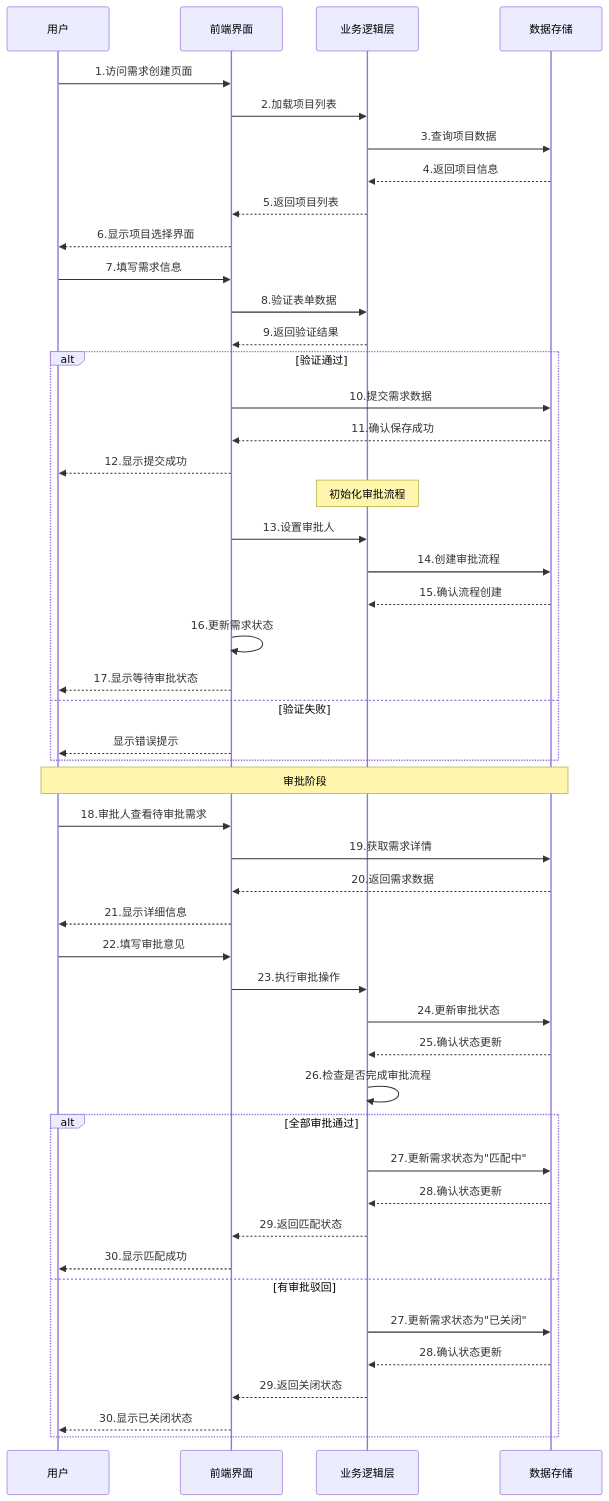
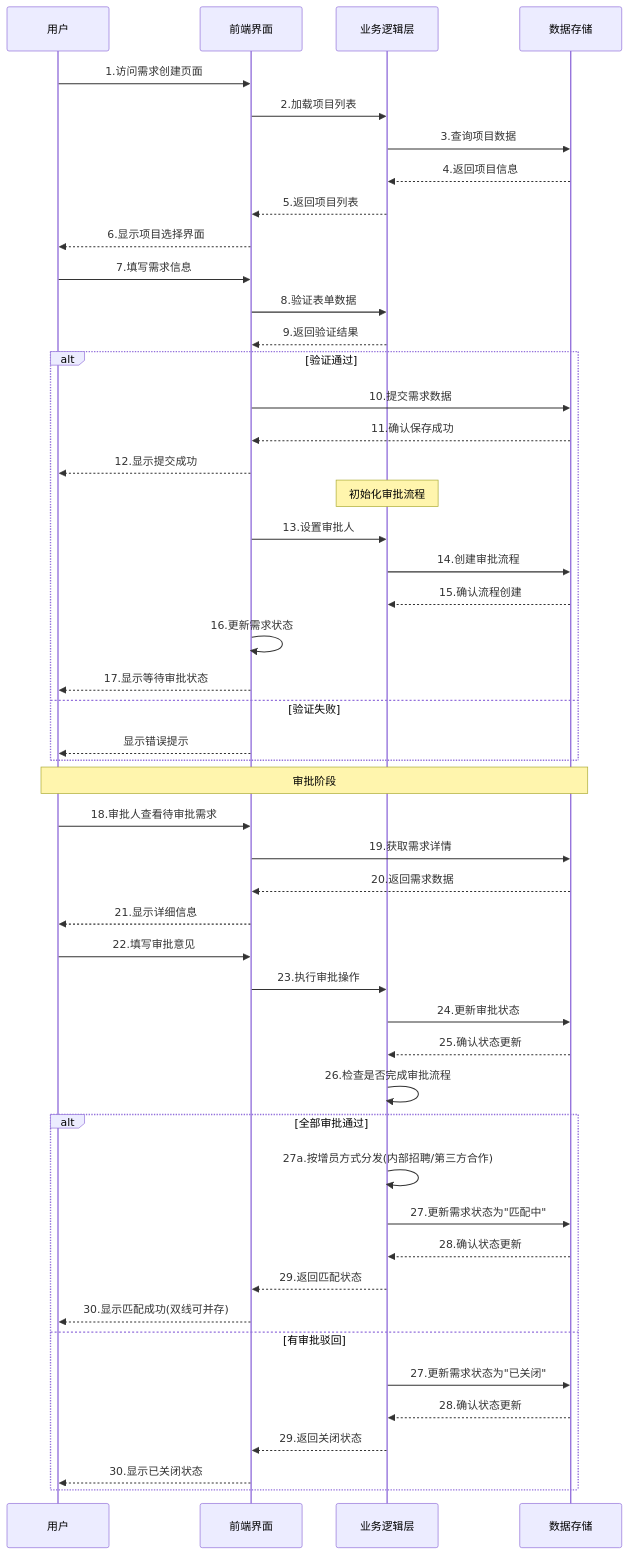
One commit to marcelxu0272/NewEngineeringPlatform changed diagram 11 of 12 in public/key-project-requirements/readme/PROJECT_REQUIREMENTS.md. Above: the diagram before and after it, drawn with Mermaid. The commit also changed other lines of this file and 3 other files, not shown here.

````diff
--- a/public/key-project-requirements/readme/PROJECT_REQUIREMENTS.md
+++ b/public/key-project-requirements/readme/PROJECT_REQUIREMENTS.md
@@ -923,61 +958,62 @@
 ```mermaid
 sequenceDiagram
     participant U as 用户
     participant UI as 前端界面
     participant BL as 业务逻辑层
     participant DS as 数据存储
     
     U->>UI: 1.访问需求创建页面
     UI->>BL: 2.加载项目列表
     BL->>DS: 3.查询项目数据
     DS-->>BL: 4.返回项目信息
     BL-->>UI: 5.返回项目列表
     UI-->>U: 6.显示项目选择界面
     
     U->>UI: 7.填写需求信息
     UI->>BL: 8.验证表单数据
     BL-->>UI: 9.返回验证结果
     
     alt 验证通过
         UI->>DS: 10.提交需求数据
         DS-->>UI: 11.确认保存成功
         UI-->>U: 12.显示提交成功
         
         Note over BL: 初始化审批流程
         UI->>BL: 13.设置审批人
         BL->>DS: 14.创建审批流程
         DS-->>BL: 15.确认流程创建
         
         UI->>UI: 16.更新需求状态
         UI-->>U: 17.显示等待审批状态
         
     else 验证失败
         UI-->>U: 显示错误提示
     end
     
     Note over U,DS: 审批阶段
     
     U->>UI: 18.审批人查看待审批需求
     UI->>DS: 19.获取需求详情
     DS-->>UI: 20.返回需求数据
     UI-->>U: 21.显示详细信息
     
     U->>UI: 22.填写审批意见
     UI->>BL: 23.执行审批操作
     BL->>DS: 24.更新审批状态
     DS-->>BL: 25.确认状态更新
     
     BL->>BL: 26.检查是否完成审批流程
     alt 全部审批通过
+        BL->>BL: 27a.按增员方式分发(内部招聘/第三方合作)
         BL->>DS: 27.更新需求状态为"匹配中"
         DS-->>BL: 28.确认状态更新
         BL-->>UI: 29.返回匹配状态
-        UI-->>U: 30.显示匹配成功
+        UI-->>U: 30.显示匹配成功(双线可并存)
         
     else 有审批驳回
         BL->>DS: 27.更新需求状态为"已关闭"
         DS-->>BL: 28.确认状态更新
         BL-->>UI: 29.返回关闭状态
         UI-->>U: 30.显示已关闭状态
     end
 ```
````
